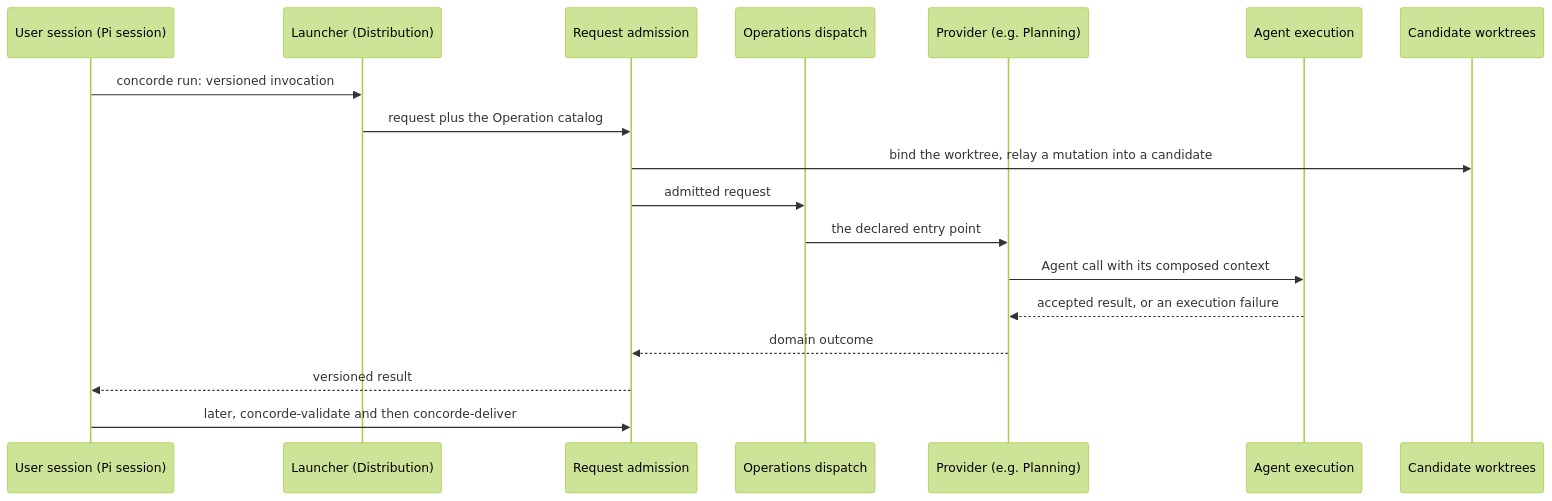
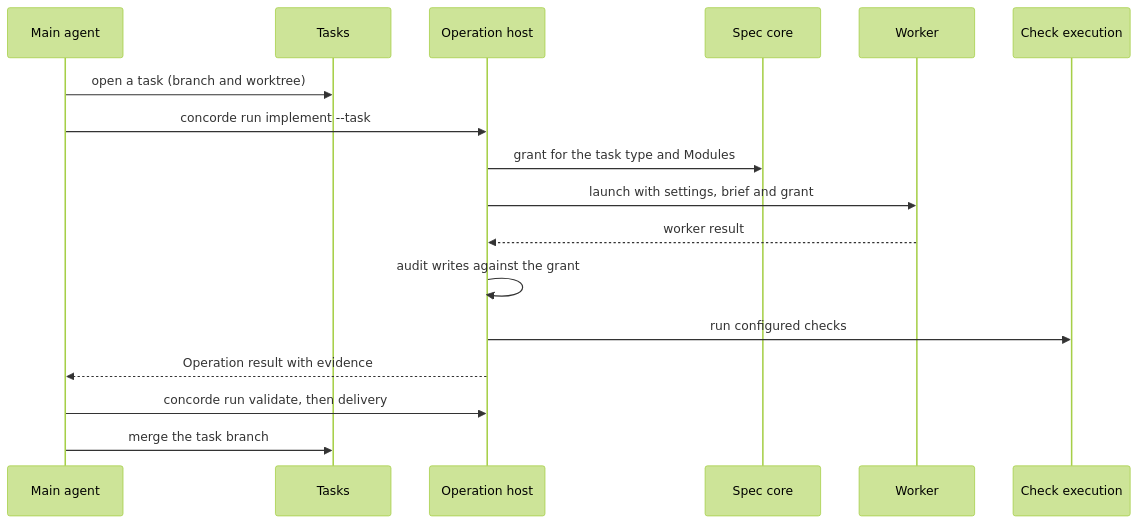
Before and after one commit to FTOD/concorde: the diagram in specs/concorde/design.md, drawn with Mermaid (forest theme). The commit also changed other lines of this file and 666 other files, not shown here.

````diff
--- a/specs/concorde/design.md
+++ b/specs/concorde/design.md
@@ -72,22 +73,21 @@
 ```mermaid illustrative
 sequenceDiagram
-    accTitle: One capability call from the user session to a result
-    accDescr: The user session calls the concorde tool; the launcher hands the request to admission, which binds a worktree; dispatch runs the provider; the provider runs Agent calls through Agent execution in the candidate; validation and delivery follow as separate calls.
-    participant US as User session (Pi session)
-    participant L as Launcher (Distribution)
-    participant A as Request admission
-    participant O as Operations dispatch
-    participant P as Provider (e.g. Planning)
-    participant X as Agent execution
-    participant W as Candidate worktrees
-    US->>L: concorde run: versioned invocation
-    L->>A: request plus the Operation catalog
-    A->>W: bind the worktree, relay a mutation into a candidate
-    A->>O: admitted request
-    O->>P: the declared entry point
-    P->>X: Agent call with its composed context
-    X-->>P: accepted result, or an execution failure
-    P-->>A: domain outcome
-    A-->>US: versioned result
-    US->>A: later, concorde-validate and then concorde-deliver
+    accTitle: One task from the main agent to a merged change
+    accDescr: The main agent opens a task, runs Operations whose host computes a grant, launches a worker, audits and checks it, then validates, delivers and merges.
+    participant M as Main agent
+    participant T as Tasks
+    participant O as Operation host
+    participant S as Spec core
+    participant W as Worker
+    participant C as Check execution
+    M->>T: open a task (branch and worktree)
+    M->>O: concorde run implement --task
+    O->>S: grant for the task type and Modules
+    O->>W: launch with settings, brief and grant
+    W-->>O: worker result
+    O->>O: audit writes against the grant
+    O->>C: run configured checks
+    O-->>M: Operation result with evidence
+    M->>O: concorde run validate, then delivery
+    M->>T: merge the task branch
 ```
````
